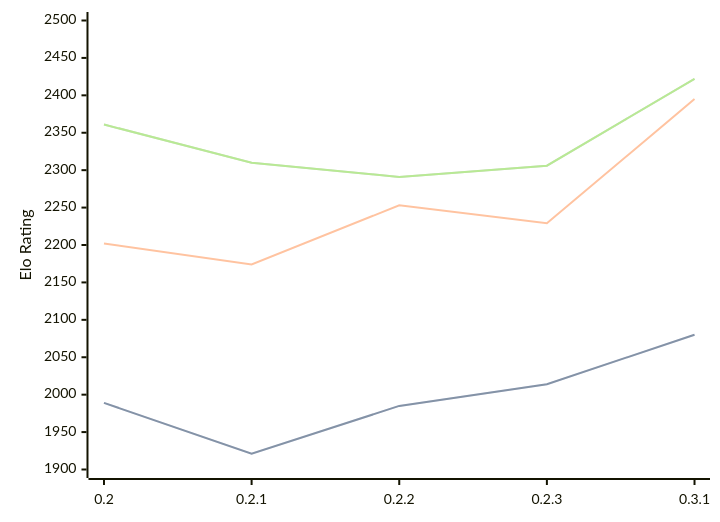
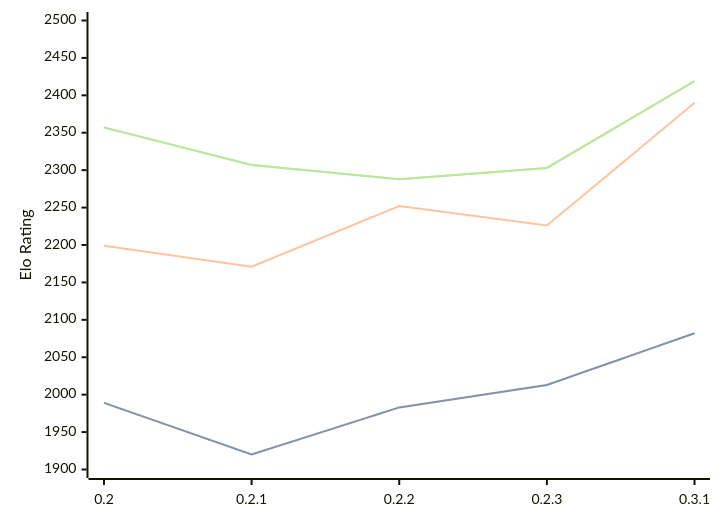
One commit to computer-chess-index/cci changed the diagram in engines/Lolbot.md. Above: the diagram before and after it, drawn with Mermaid. The commit also changed other lines of this file, not shown here.

Commit message:
Update CCI Ratings (ELO VLTC) - 2026-08-12

````diff
--- a/engines/Lolbot.md
+++ b/engines/Lolbot.md
@@ -35,11 +35,11 @@
 ```mermaid
 %%{init: {"theme":"base","themeVariables":{"seriesColors:['#a3a3a3','#222221','#faa371']}}}%%
 xychart-beta
   x-axis ["0.2", "0.2.1", "0.2.2", "0.2.3", "0.3.1"]
   y-axis "Elo Rating" 1900 --> 2500
-  line "STC (8.0+0.08s)" [1989, 1921, 1985, 2014, 2080]
-  line "STC (8.0+0.08s)" [1989, 1921, 1985, 2014, 2080]
-  line "LTC (60.0+0.60s)" [2202, 2174, 2253, 2229, 2395]
-  line "VLTC (2m24s+1.12s)" [2361, 2310, 2291, 2306, 2422]
-  line "VLTC (2m24s+1.12s)" [2361, 2310, 2291, 2306, 2422]
+  line "STC (8.0+0.08s)" [1989, 1920, 1983, 2013, 2082]
+  line "STC (8.0+0.08s)" [1989, 1920, 1983, 2013, 2082]
+  line "LTC (60.0+0.60s)" [2199, 2171, 2252, 2226, 2390]
+  line "VLTC (2m24s+1.12s)" [2357, 2307, 2288, 2303, 2419]
+  line "VLTC (2m24s+1.12s)" [2357, 2307, 2288, 2303, 2419]
 ```
````
